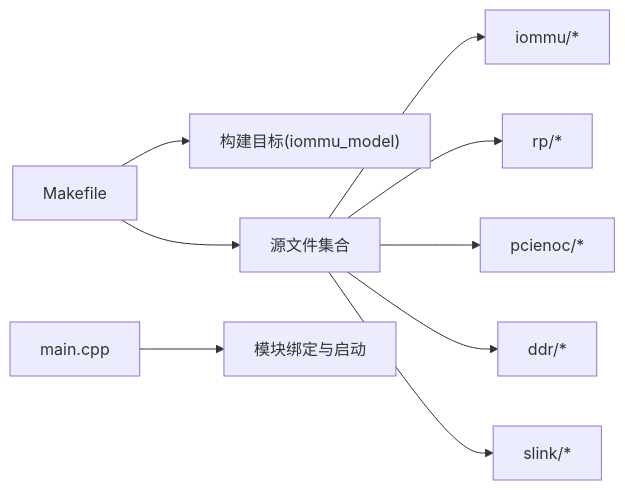
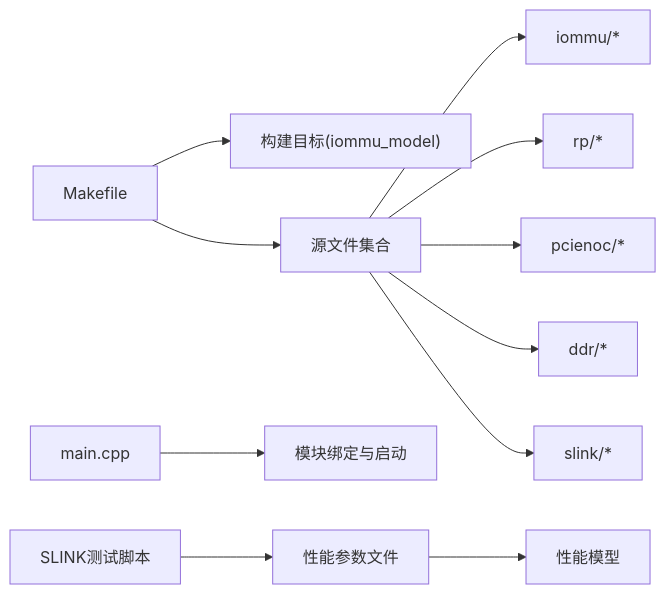
Before and after one commit to jiangjiang1122/iommu_model_20260401_v1: the seventh of 8 diagrams in .qoder/repowiki/zh/content/测试框架/测试框架.md, drawn with Mermaid. The commit also changed other lines of this file and 72 other files, not shown here.

````diff
--- a/.qoder/repowiki/zh/content/测试框架/测试框架.md
+++ b/.qoder/repowiki/zh/content/测试框架/测试框架.md
@@ -255,11 +317,13 @@
 ```mermaid
 graph LR
 MK["Makefile"] --> OBJ["构建目标(iommu_model)"]
 MK --> SRC["源文件集合"]
 SRC --> IOMMU["iommu/*"]
 SRC --> RP["rp/*"]
 SRC --> PCIE["pcienoc/*"]
 SRC --> DDR["ddr/*"]
 SRC --> SLINK["slink/*"]
 MAIN["main.cpp"] --> BIND["模块绑定与启动"]
+SLINK_TEST["SLINK测试脚本"] --> PARAMS["性能参数文件"]
+PARAMS --> IOMMU_PERF["性能模型"]
 ```
````
